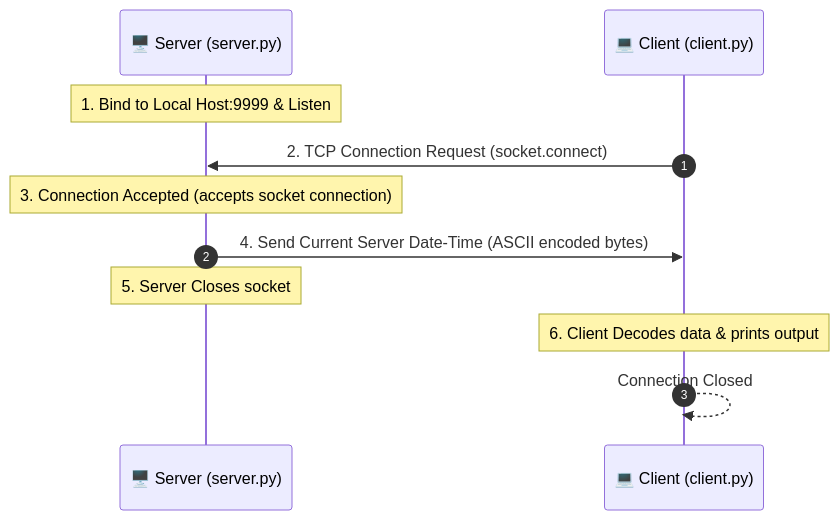
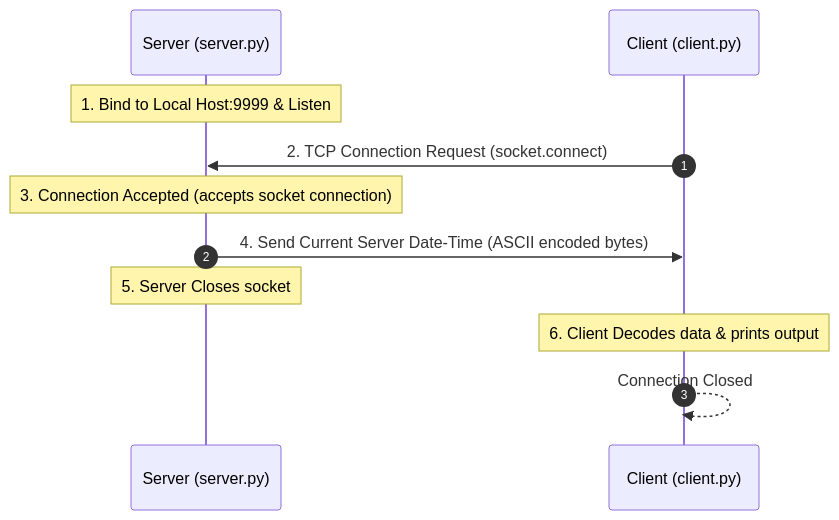
One commit to RameenAnwar/PDC-SP26-SE changed the fourth of 8 diagrams in Muhammad-Affan-23FA-003-SE/Chapter06/README.md. Above: the diagram before and after it, drawn with Mermaid. The commit also changed other lines of this file, not shown here.

````diff
--- a/Muhammad-Affan-23FA-003-SE/Chapter06/README.md
+++ b/Muhammad-Affan-23FA-003-SE/Chapter06/README.md
@@ -145,14 +145,14 @@
 ```mermaid
 sequenceDiagram
     autonumber
-    participant Server as 🖥️ Server (server.py)
-    participant Client as 💻 Client (client.py)
+    participant Server as Server (server.py)
+    participant Client as Client (client.py)
     
     Note over Server: 1. Bind to Local Host:9999 & Listen
     Client->>Server: 2. TCP Connection Request (socket.connect)
     Note over Server: 3. Connection Accepted (accepts socket connection)
     Server->>Client: 4. Send Current Server Date-Time (ASCII encoded bytes)
     Note over Server: 5. Server Closes socket
     Note over Client: 6. Client Decodes data & prints output
     Client-->>Client: Connection Closed
 ```
````
